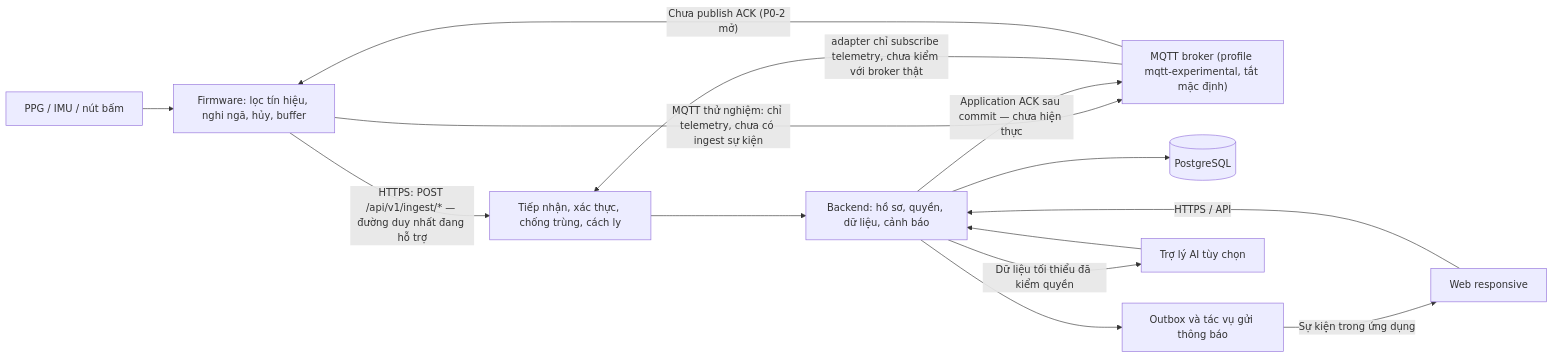
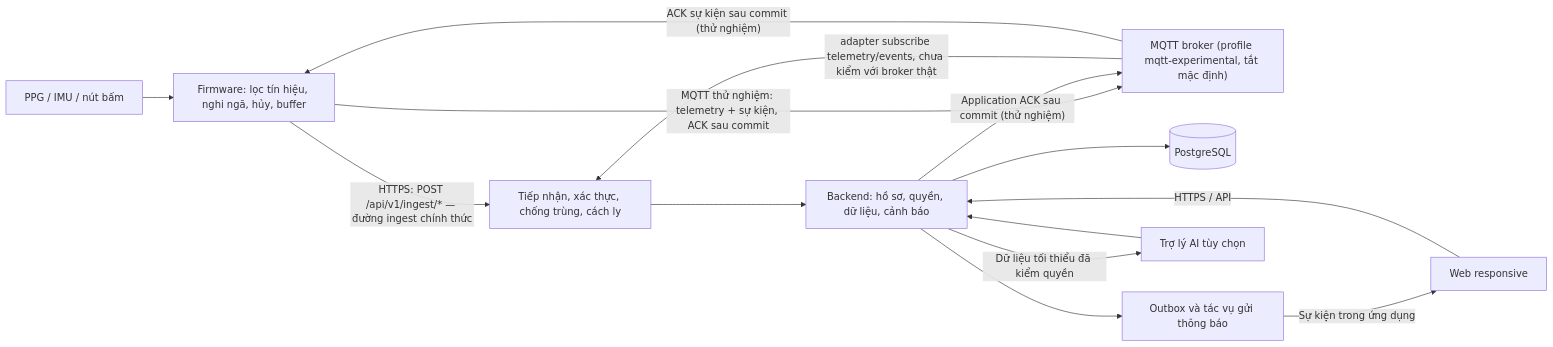
Before and after one commit to Tung204/Heart-iot: the first of 2 diagrams in docs/03-kien-truc-he-thong.md, drawn with Mermaid. The commit also changed other lines of this file and 10 other files, not shown here.

First line of the commit message:
docs: ghi nhận MQTT events/ACK thử nghiệm

````diff
--- a/docs/03-kien-truc-he-thong.md
+++ b/docs/03-kien-truc-he-thong.md
@@ -11,16 +11,16 @@
 ```mermaid
 flowchart LR
     Sensors["PPG / IMU / nút bấm"] --> Device["Firmware: lọc tín hiệu, nghi ngã, hủy, buffer"]
-    Device -->|"HTTPS: POST /api/v1/ingest/* — đường duy nhất đang hỗ trợ"| Ingest["Tiếp nhận, xác thực, chống trùng, cách ly"]
-    Device -->|"MQTT thử nghiệm: chỉ telemetry, chưa có ingest sự kiện"| Broker["MQTT broker (profile mqtt-experimental, tắt mặc định)"]
-    Broker -->|"adapter chỉ subscribe telemetry, chưa kiểm với broker thật"| Ingest
+    Device -->|"HTTPS: POST /api/v1/ingest/* — đường ingest chính thức"| Ingest["Tiếp nhận, xác thực, chống trùng, cách ly"]
+    Device -->|"MQTT thử nghiệm: telemetry + sự kiện, ACK sau commit"| Broker["MQTT broker (profile mqtt-experimental, tắt mặc định)"]
+    Broker -->|"adapter subscribe telemetry/events, chưa kiểm với broker thật"| Ingest
     Ingest --> Backend["Backend: hồ sơ, quyền, dữ liệu, cảnh báo"]
     Backend --> DB[("PostgreSQL")]
     Backend --> Delivery["Outbox và tác vụ gửi thông báo"]
     Delivery -->|"Sự kiện trong ứng dụng"| Web["Web responsive"]
     Web -->|"HTTPS / API"| Backend
-    Backend -->|"Application ACK sau commit — chưa hiện thực"| Broker
-    Broker -->|"Chưa publish ACK (P0-2 mở)"| Device
+    Backend -->|"Application ACK sau commit (thử nghiệm)"| Broker
+    Broker -->|"ACK sự kiện sau commit (thử nghiệm)"| Device
     Backend -->|"Dữ liệu tối thiểu đã kiểm quyền"| AI["Trợ lý AI tùy chọn"]
     AI --> Backend
 ```
````
